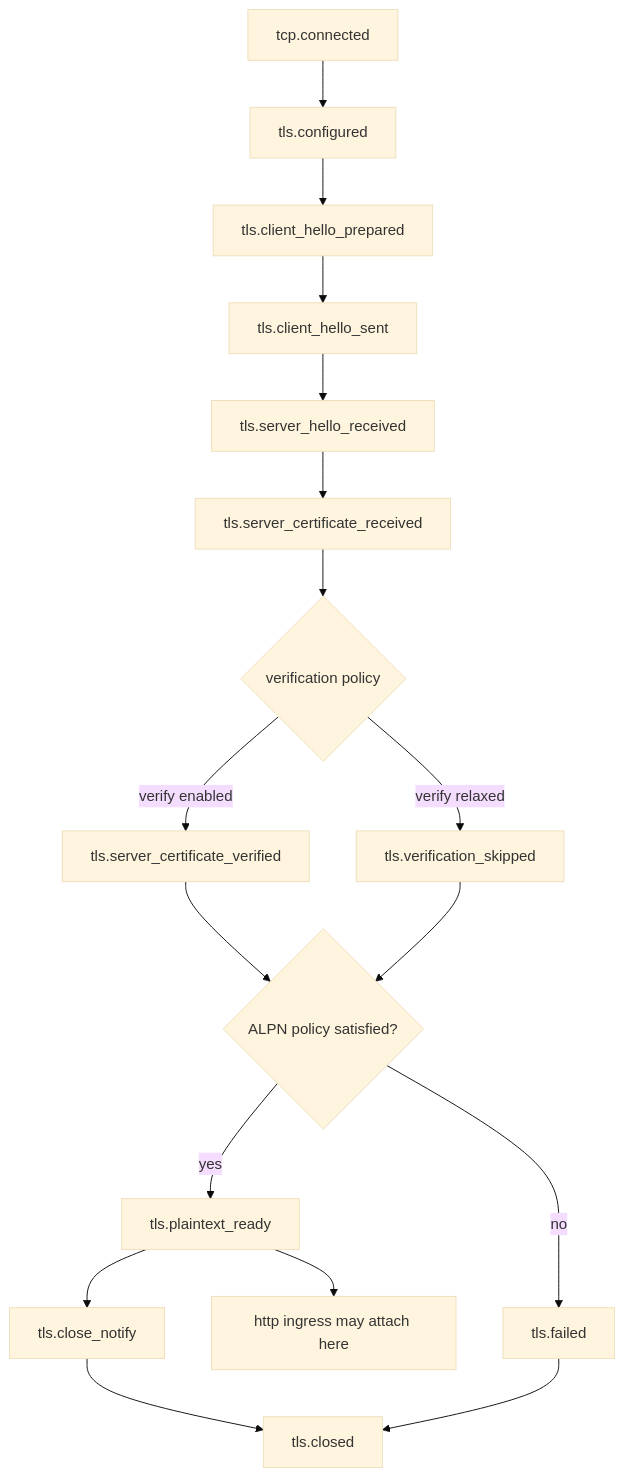
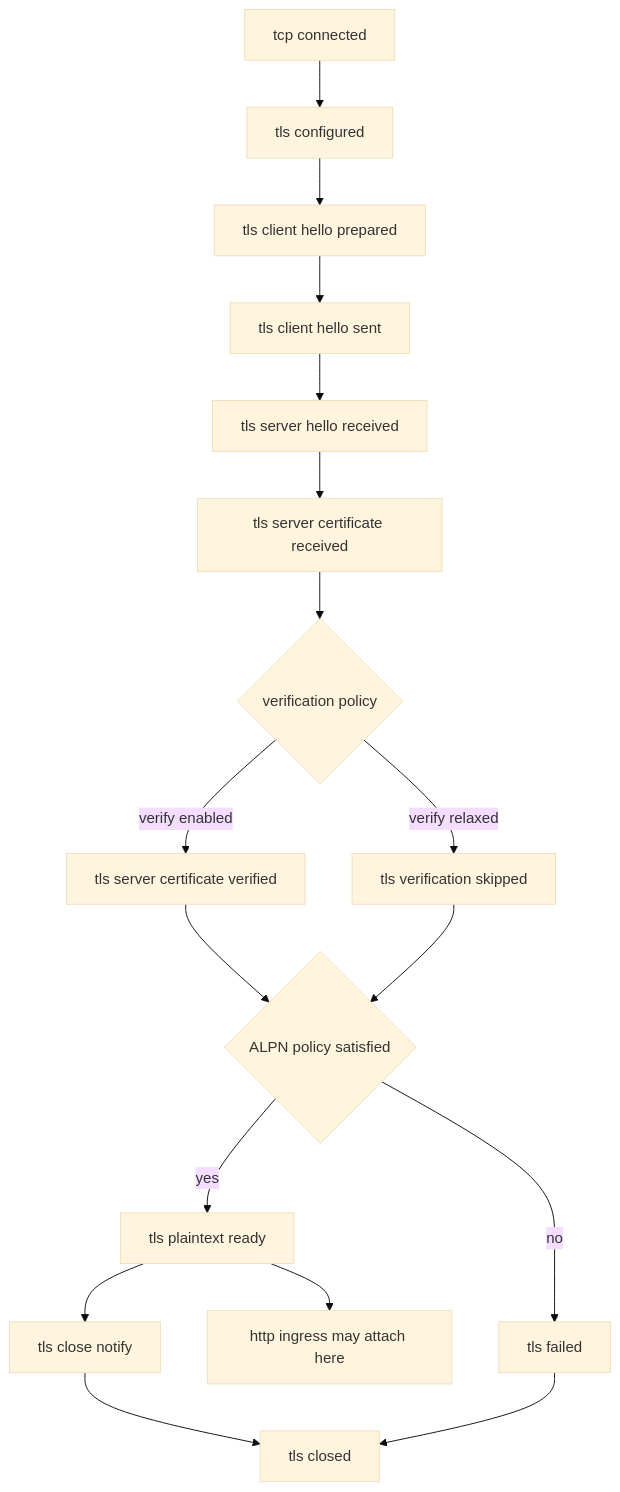
One commit to rustscript-lang/rustscript changed the second of 5 diagrams in pd-edge/README.md. Above: the diagram before and after it, drawn with Mermaid (base theme). The commit also changed other lines of this file and 2 other files, not shown here.

````diff
--- a/pd-edge/README.md
+++ b/pd-edge/README.md
@@ -419,19 +420,19 @@
 ```mermaid
 flowchart TD
-    A[tcp.connected] --> B[tls.configured]
-    B --> C[tls.client_hello_prepared]
-    C --> D[tls.client_hello_sent]
-    D --> E[tls.server_hello_received]
-    E --> F[tls.server_certificate_received]
-    F --> G{verification policy}
-    G -->|verify enabled| H[tls.server_certificate_verified]
-    G -->|verify relaxed| I[tls.verification_skipped]
-    H --> J{ALPN policy satisfied?}
+    A["tcp connected"] --> B["tls configured"]
+    B --> C["tls client hello prepared"]
+    C --> D["tls client hello sent"]
+    D --> E["tls server hello received"]
+    E --> F["tls server certificate received"]
+    F --> G{"verification policy"}
+    G -->|verify enabled| H["tls server certificate verified"]
+    G -->|verify relaxed| I["tls verification skipped"]
+    H --> J{"ALPN policy satisfied"}
     I --> J
-    J -->|yes| K[tls.plaintext_ready]
-    J -->|no| L[tls.failed]
-    K --> M[http ingress may attach here]
-    K --> N[tls.close_notify]
-    N --> O[tls.closed]
+    J -->|yes| K["tls plaintext ready"]
+    J -->|no| L["tls failed"]
+    K --> M["http ingress may attach here"]
+    K --> N["tls close notify"]
+    N --> O["tls closed"]
     L --> O
 ```
````
